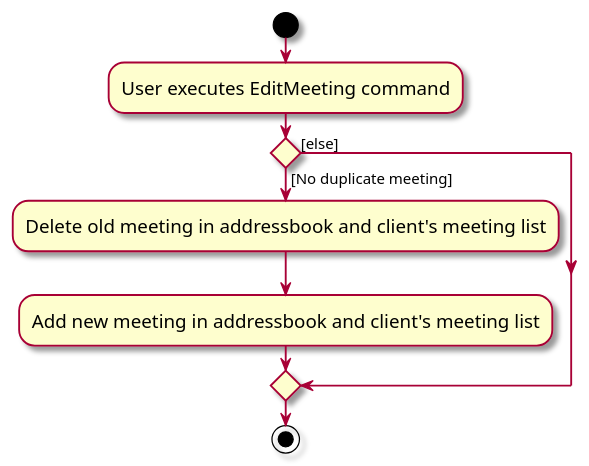
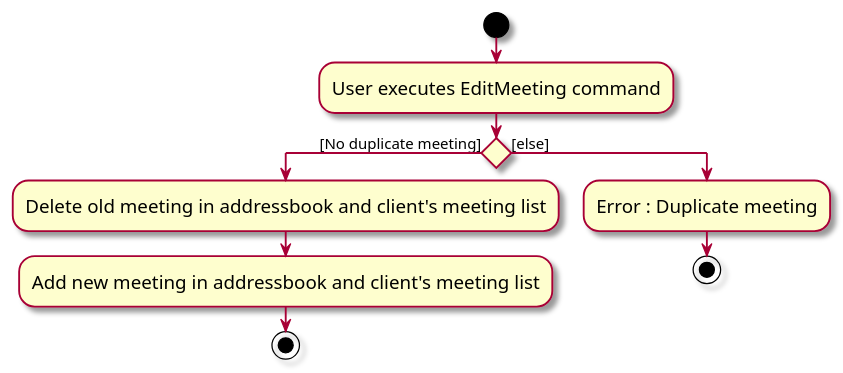
Before and after one commit to sethteo/tp: the diagram in docs/diagrams/EditMeetingCommandActivityDiagram.puml, drawn with PlantUML. The commit also changed 3 other files, not shown here.

Commit message:
Add UML diagrams

```diff
--- a/docs/diagrams/EditMeetingCommandActivityDiagram.puml
+++ b/docs/diagrams/EditMeetingCommandActivityDiagram.puml
@@ -1,17 +1,19 @@
 @startuml
 skin rose
 skinparam ActivityFontSize 15
 skinparam ArrowFontSize 12
 start
 :User executes EditMeeting command;
 
 'Since the beta syntax does not support placing the condition outside the
 'diamond we place it as the true branch instead.
 
 if () then ([No duplicate meeting])
     :Delete old meeting in addressbook and client's meeting list;
     :Add new meeting in addressbook and client's meeting list;
+    stop
 else ([else])
+    :Error : Duplicate meeting;
+    stop
 endif
-stop
 @enduml
```
